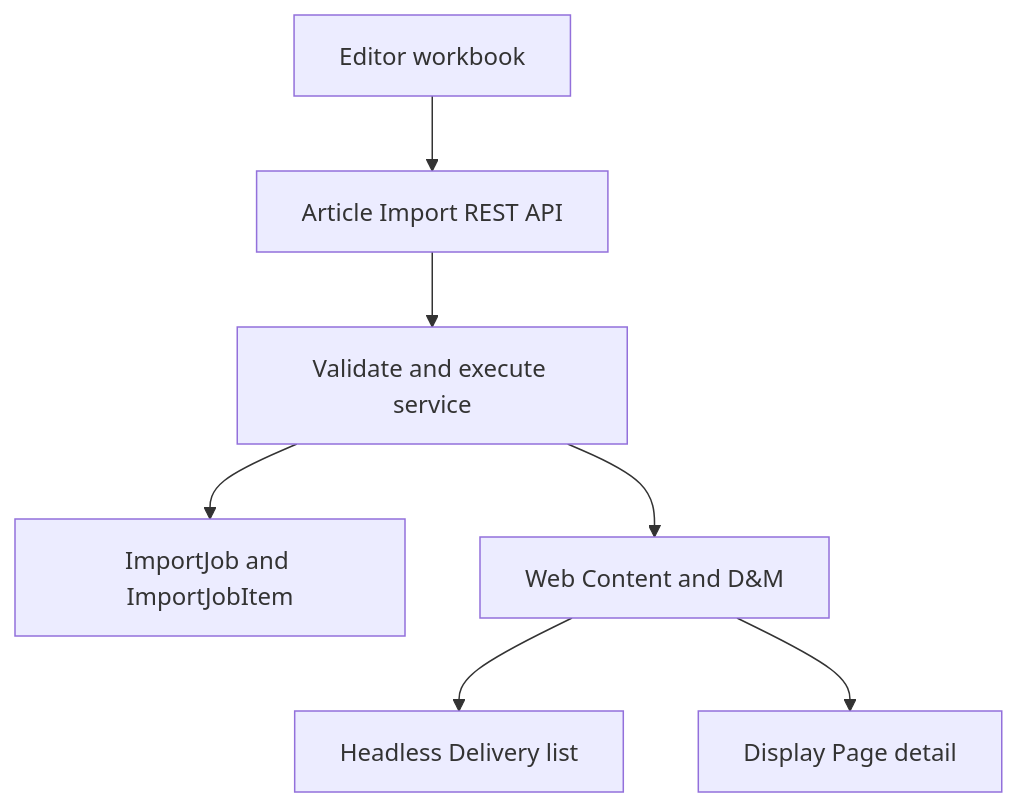
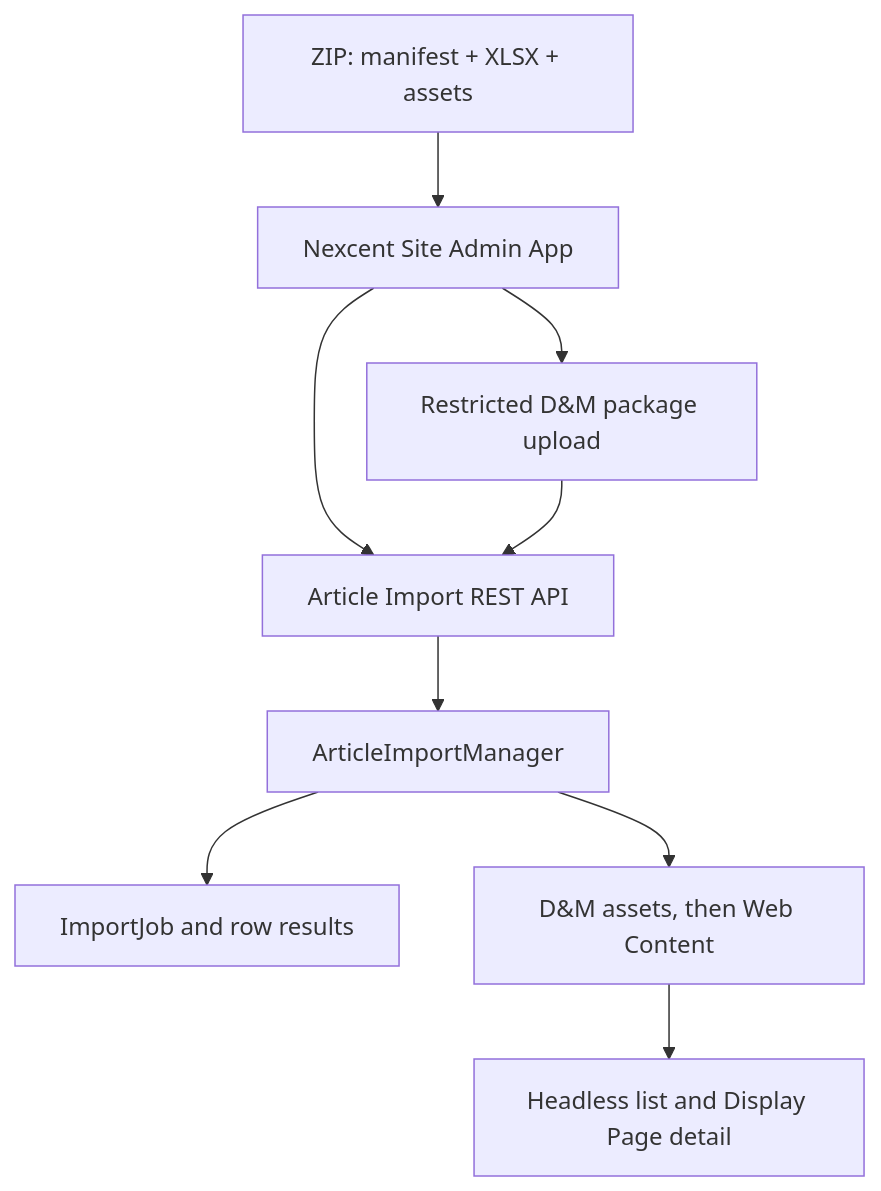
The first of 2 diagrams in docs/architecture/article-content-pipeline.md (hungtvb/liferay-mini), drawn with Mermaid before and after one commit. The commit also changed other lines of this file, not shown here.

Commit message:
docs(article): define packaged asset import admin flow

````diff
--- a/docs/architecture/article-content-pipeline.md
+++ b/docs/architecture/article-content-pipeline.md
@@ -23,9 +26,11 @@
 ```mermaid
 flowchart TD
-    A["Editor workbook"] --> B["Article Import REST API"]
-    B --> C["Validate and execute service"]
-    C --> D["ImportJob and ImportJobItem"]
-    C --> E["Web Content and D&M"]
-    E --> F["Headless Delivery list"]
-    E --> G["Display Page detail"]
+    A["ZIP: manifest + XLSX + assets"] --> B["Nexcent Site Admin App"]
+    B --> C["Restricted D&M package upload"]
+    B --> D["Article Import REST API"]
+    C --> D
+    D --> E["ArticleImportManager"]
+    E --> F["ImportJob and row results"]
+    E --> G["D&M assets, then Web Content"]
+    G --> H["Headless list and Display Page detail"]
 ```
````
